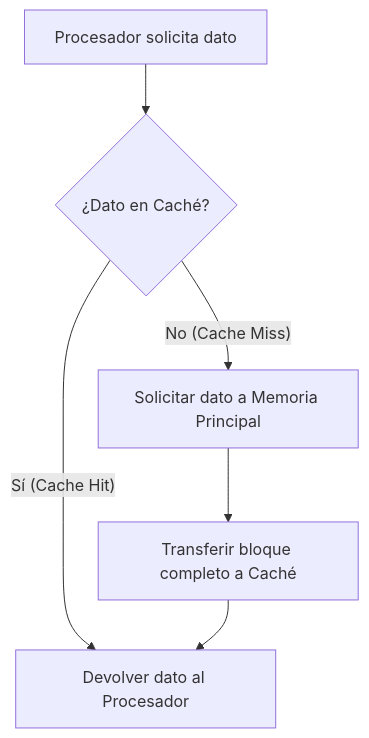
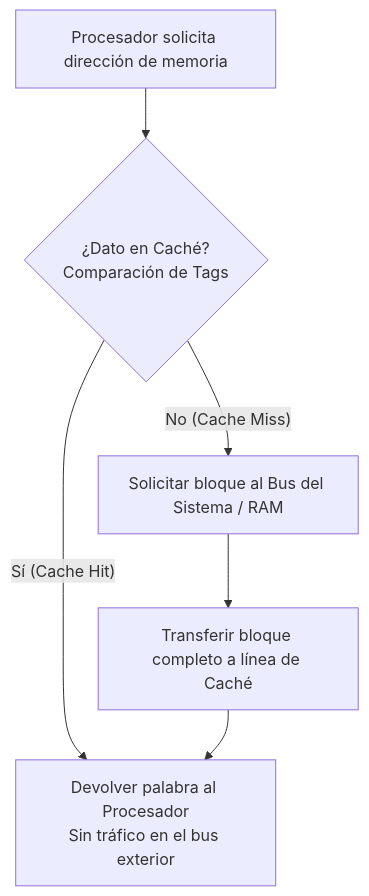
One commit to kalech7/notes changed the second of 3 diagrams in Obsidian/pregrado/Documentos/Arquitectura de computadores/Principios de funcionamiento.md. Above: the diagram before and after it, drawn with Mermaid. The commit also changed other lines of this file and 7 other files, not shown here.

Commit message:
feat(arquitectura): profundiza notas de arquitectura, cache MESI, GPU, buses PCIe, DMA, memoria virtual y MMU

````diff
--- a/Obsidian/pregrado/Documentos/Arquitectura de computadores/Principios de funcionamiento.md
+++ b/Obsidian/pregrado/Documentos/Arquitectura de computadores/Principios de funcionamiento.md
@@ -46,8 +81,8 @@
 ```mermaid
 flowchart TD
-    CPU[Procesador solicita dato] --> C{¿Dato en Caché?}
-    C -- Sí (Cache Hit) --> H[Devolver dato al Procesador]
-    C -- No (Cache Miss) --> M[Solicitar dato a Memoria Principal]
-    M --> N[Transferir bloque completo a Caché]
+    CPU[Procesador solicita dirección de memoria] --> C{¿Dato en Caché?<br>Comparación de Tags}
+    C -- Sí (Cache Hit) --> H[Devolver palabra al Procesador<br>Sin tráfico en el bus exterior]
+    C -- No (Cache Miss) --> M[Solicitar bloque al Bus del Sistema / RAM]
+    M --> N[Transferir bloque completo a línea de Caché]
     N --> H
 ```
````
